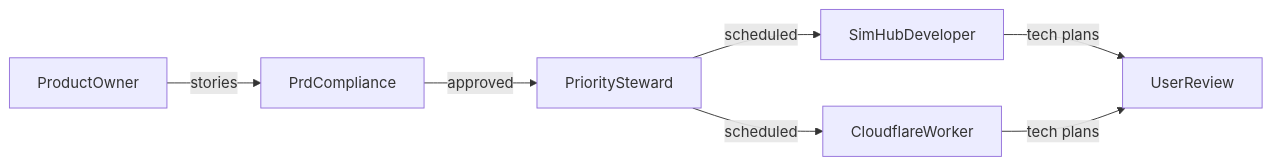
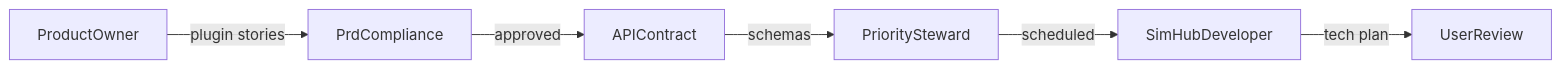
One commit to simsteward/simhub-plugin changed the diagram in docs/product/plans/alpha-user-stories.plan.md. Above: the diagram before and after it, drawn with Mermaid. The commit also changed other lines of this file and 13 other files, not shown here.

Commit message:
docs: add Alpha stories, tech plan, PRD compliance report, update priorities and template

````diff
--- a/docs/product/plans/alpha-user-stories.plan.md
+++ b/docs/product/plans/alpha-user-stories.plan.md
@@ -41,9 +38,8 @@
 ```mermaid
 flowchart LR
-    PO[ProductOwner] -->|stories| PRD[PrdCompliance]
-    PRD -->|approved| PS[PrioritySteward]
+    PO[ProductOwner] -->|plugin stories| PRD[PrdCompliance]
+    PRD -->|approved| API[APIContract]
+    API -->|schemas| PS[PrioritySteward]
     PS -->|scheduled| SH[SimHubDeveloper]
-    PS -->|scheduled| CW[CloudflareWorker]
-    SH -->|tech plans| Review[UserReview]
-    CW -->|tech plans| Review
+    SH -->|tech plan| Review[UserReview]
 ```
````
